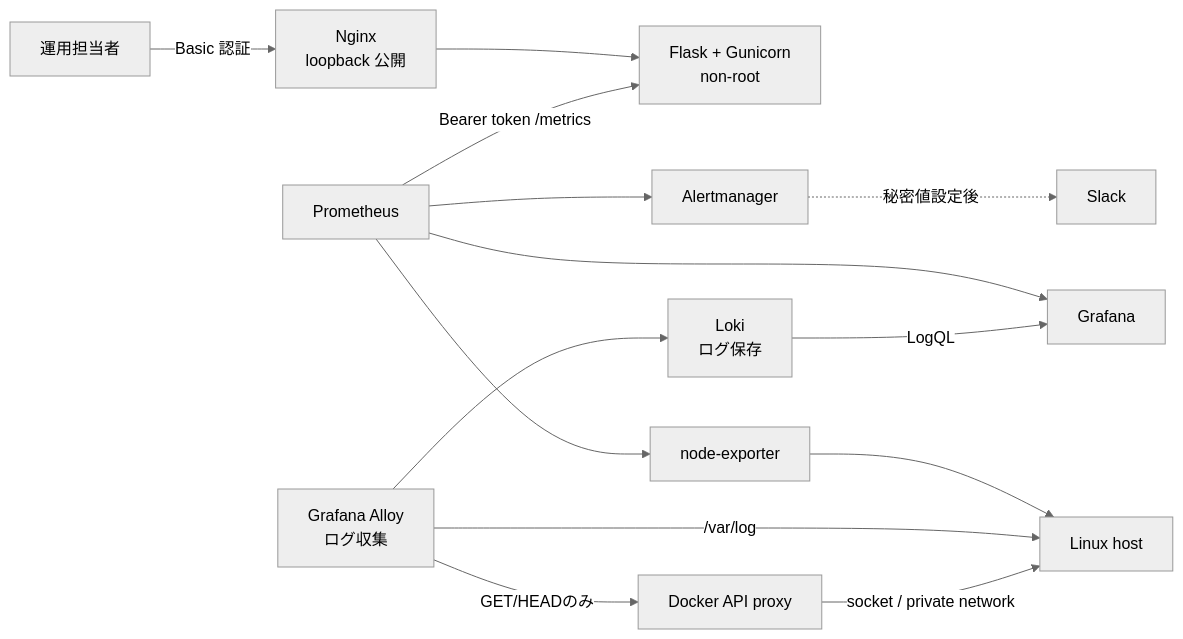
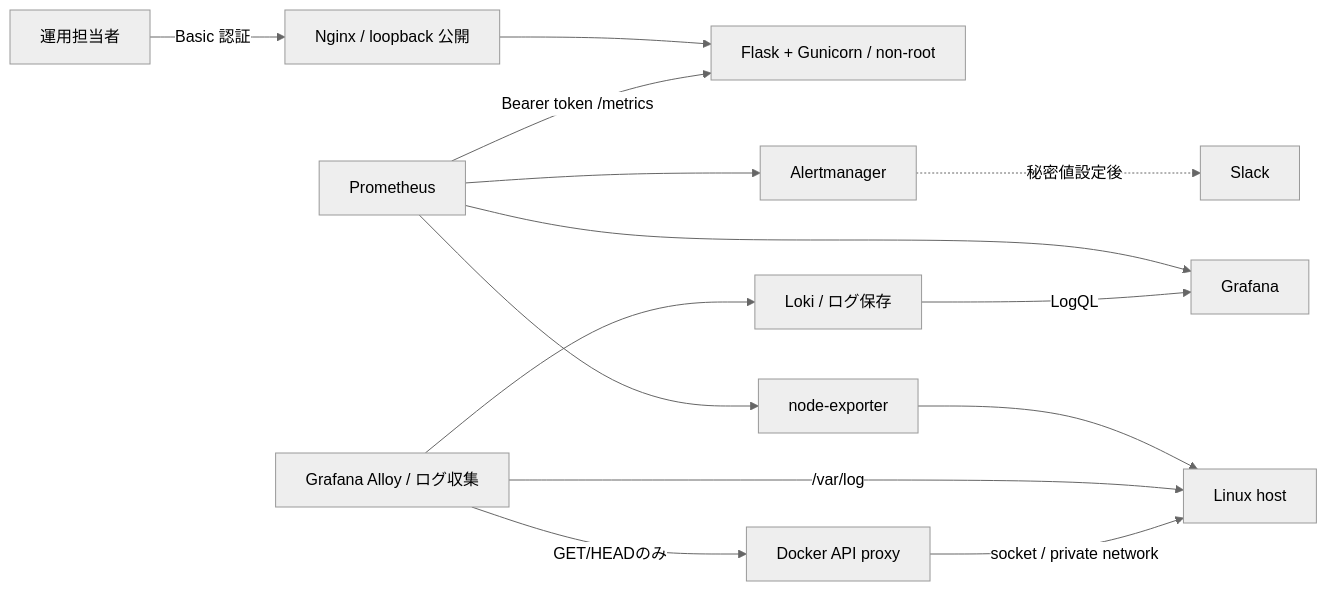
One commit to ns7jp/server changed the diagram in README.md. Above: the diagram before and after it, drawn with Mermaid (neutral theme). The commit also changed 8 other files, not shown here.

Commit message:
Fix Mermaid diagrams on GitHub

````diff
--- a/README.md
+++ b/README.md
@@ -98,20 +98,16 @@
 ```mermaid
 flowchart LR
-    Operator["運用担当者"] -->|"Basic 認証"| Nginx["`Nginx
-    loopback 公開`"]
-    Nginx --> App["`Flask + Gunicorn
-    non-root`"]
+    Operator["運用担当者"] -->|"Basic 認証"| Nginx["Nginx / loopback 公開"]
+    Nginx --> App["Flask + Gunicorn / non-root"]
     Prometheus -->|"Bearer token /metrics"| App
     Prometheus --> Exporter["node-exporter"]
     Exporter --> Host["Linux host"]
     Prometheus --> Grafana
     Prometheus --> Alertmanager
     Alertmanager -.->|"秘密値設定後"| Slack["Slack"]
-    Alloy["`Grafana Alloy
-    ログ収集`"] -->|"/var/log"| Host
+    Alloy["Grafana Alloy / ログ収集"] -->|"/var/log"| Host
     Alloy -->|"GET/HEADのみ"| DockerProxy["Docker API proxy"]
     DockerProxy -->|"socket / private network"| Host
-    Alloy --> Loki["`Loki
-    ログ保存`"]
+    Alloy --> Loki["Loki / ログ保存"]
     Loki -->|"LogQL"| Grafana
 ```
````
